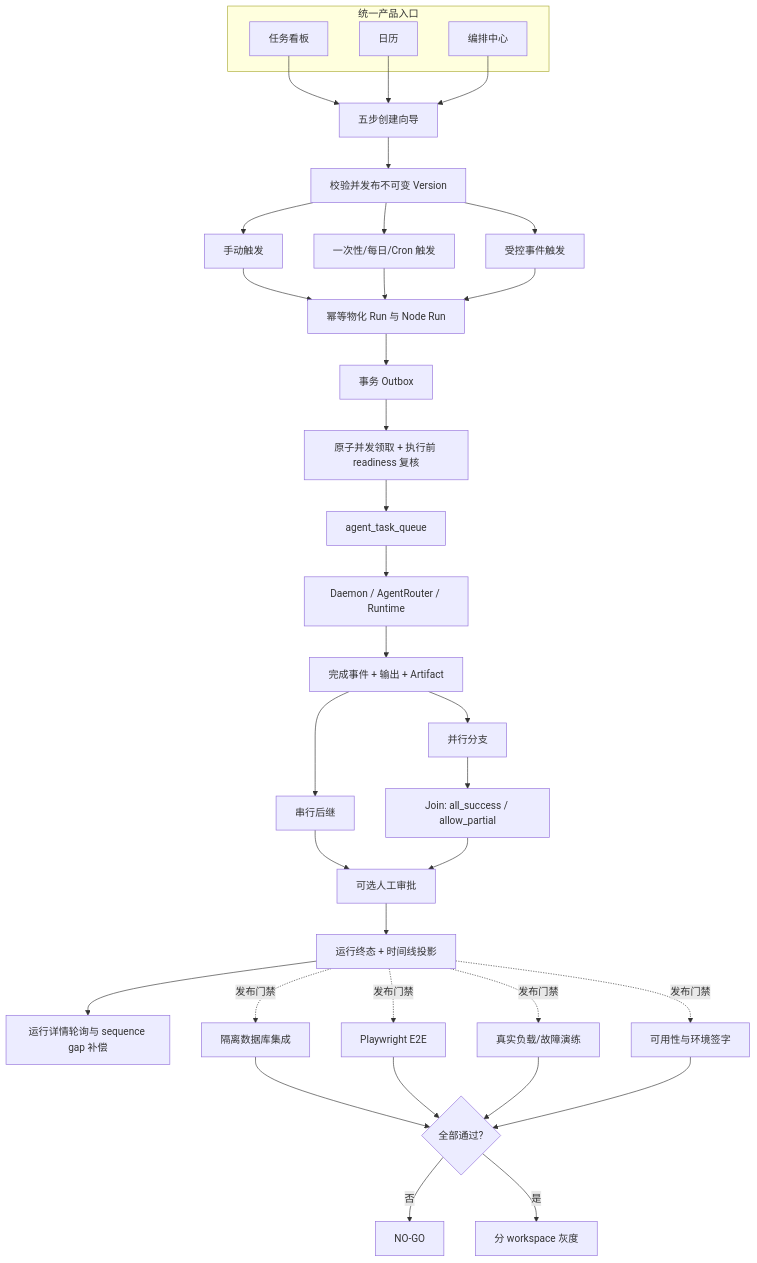
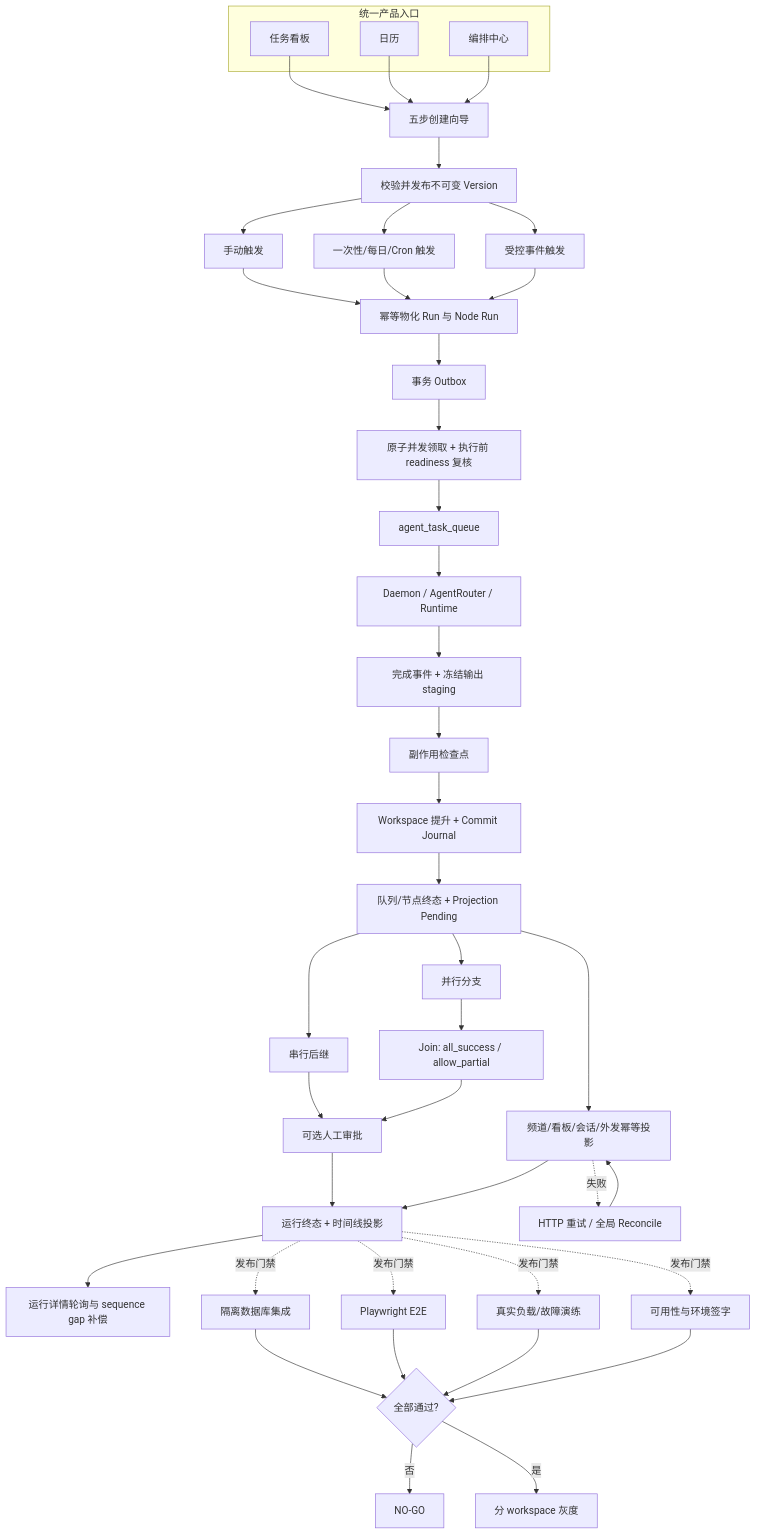
Before and after one commit to iTechwu/AgentSpace: the diagram in docs/0806/agent-team/07-规格实施覆盖矩阵.md, drawn with Mermaid. The commit also changed other lines of this file and 60 other files, not shown here.

````diff
--- a/docs/0806/agent-team/07-规格实施覆盖矩阵.md
+++ b/docs/0806/agent-team/07-规格实施覆盖矩阵.md
@@ -20,41 +22,48 @@
 ```mermaid
 flowchart TD
   subgraph Entry[统一产品入口]
     A1[任务看板]
     A2[日历]
     A3[编排中心]
   end
   A1 --> W[五步创建向导]
   A2 --> W
   A3 --> W
   W --> V[校验并发布不可变 Version]
   V --> T1[手动触发]
   V --> T2[一次性/每日/Cron 触发]
   V --> T3[受控事件触发]
   T1 --> R[幂等物化 Run 与 Node Run]
   T2 --> R
   T3 --> R
   R --> O[事务 Outbox]
   O --> C[原子并发领取 + 执行前 readiness 复核]
   C --> Q[agent_task_queue]
   Q --> D[Daemon / AgentRouter / Runtime]
-  D --> E[完成事件 + 输出 + Artifact]
-  E --> S[串行后继]
-  E --> P[并行分支]
+  D --> E[完成事件 + 冻结输出 staging]
+  E --> CK[副作用检查点]
+  CK --> CM[Workspace 提升 + Commit Journal]
+  CM --> PX[队列/节点终态 + Projection Pending]
+  PX --> S[串行后继]
+  PX --> P[并行分支]
+  PX --> BP[频道/看板/会话/外发幂等投影]
+  BP --> F
+  BP -.失败.-> RC[HTTP 重试 / 全局 Reconcile]
+  RC --> BP
   P --> J[Join: all_success / allow_partial]
   S --> AP[可选人工审批]
   J --> AP
   AP --> F[运行终态 + 时间线投影]
   F --> UI[运行详情轮询与 sequence gap 补偿]
 
   F -.发布门禁.-> G1[隔离数据库集成]
   F -.发布门禁.-> G2[Playwright E2E]
   F -.发布门禁.-> G3[真实负载/故障演练]
   F -.发布门禁.-> G4[可用性与环境签字]
   G1 --> GO{全部通过?}
   G2 --> GO
   G3 --> GO
   G4 --> GO
   GO -->|否| NG[NO-GO]
   GO -->|是| REL[分 workspace 灰度]
 ```
````
